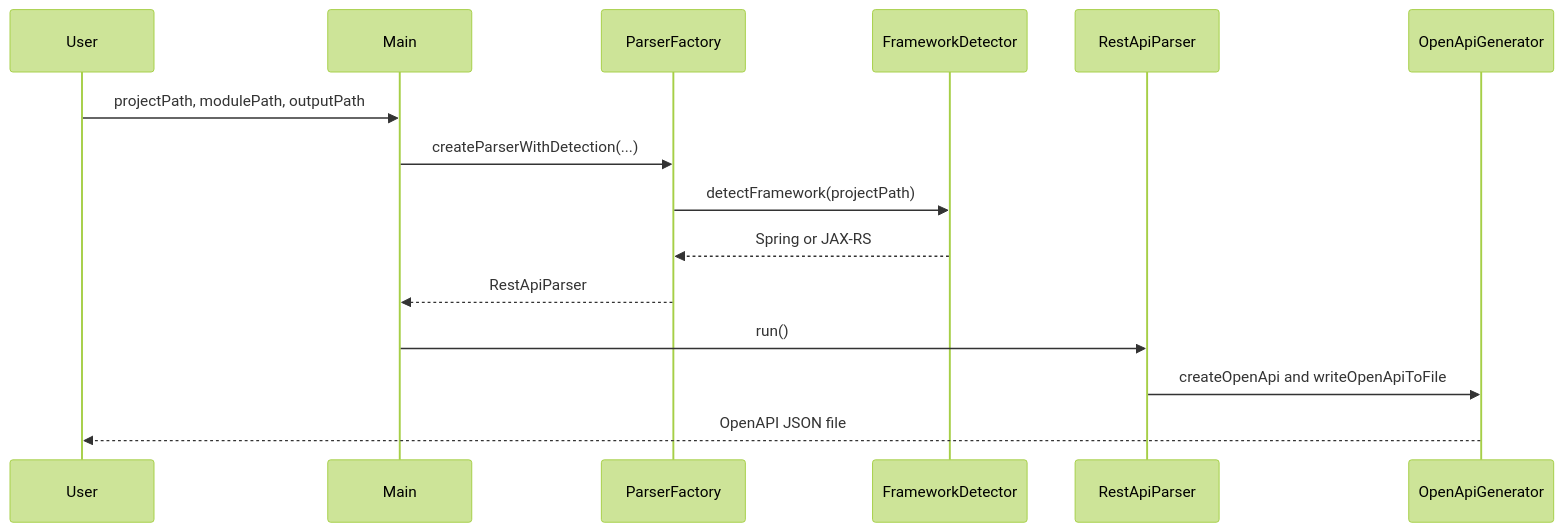
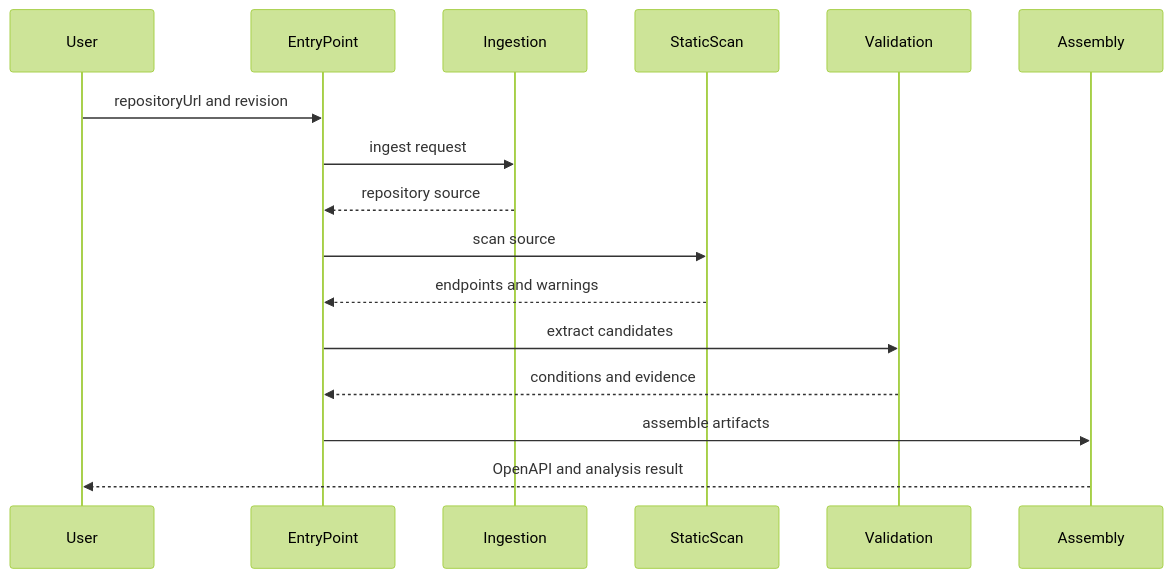
Before and after one commit to dlhwang/spec-scan: the second of 2 diagrams in aidlc-docs/inception/reverse-engineering/architecture.md, drawn with Mermaid (forest theme). The commit also changed other lines of this file and 12 other files, not shown here.

````diff
--- a/aidlc-docs/inception/reverse-engineering/architecture.md
+++ b/aidlc-docs/inception/reverse-engineering/architecture.md
@@ -76,18 +54,18 @@
 ```mermaid
 sequenceDiagram
     participant U as User
-    participant M as Main
-    participant F as ParserFactory
-    participant D as FrameworkDetector
-    participant P as RestApiParser
-    participant G as OpenApiGenerator
-
-    U->>M: projectPath, modulePath, outputPath
-    M->>F: createParserWithDetection(...)
-    F->>D: detectFramework(projectPath)
-    D-->>F: Spring or JAX-RS
-    F-->>M: RestApiParser
-    M->>P: run()
-    P->>G: createOpenApi and writeOpenApiToFile
-    G-->>U: OpenAPI JSON file
+    participant I as EntryPoint
+    participant R as Ingestion
+    participant S as StaticScan
+    participant V as Validation
+    participant A as Assembly
+    U->>I: repositoryUrl and revision
+    I->>R: ingest request
+    R-->>I: repository source
+    I->>S: scan source
+    S-->>I: endpoints and warnings
+    I->>V: extract candidates
+    V-->>I: conditions and evidence
+    I->>A: assemble artifacts
+    A-->>U: OpenAPI and analysis result
 ```
````
